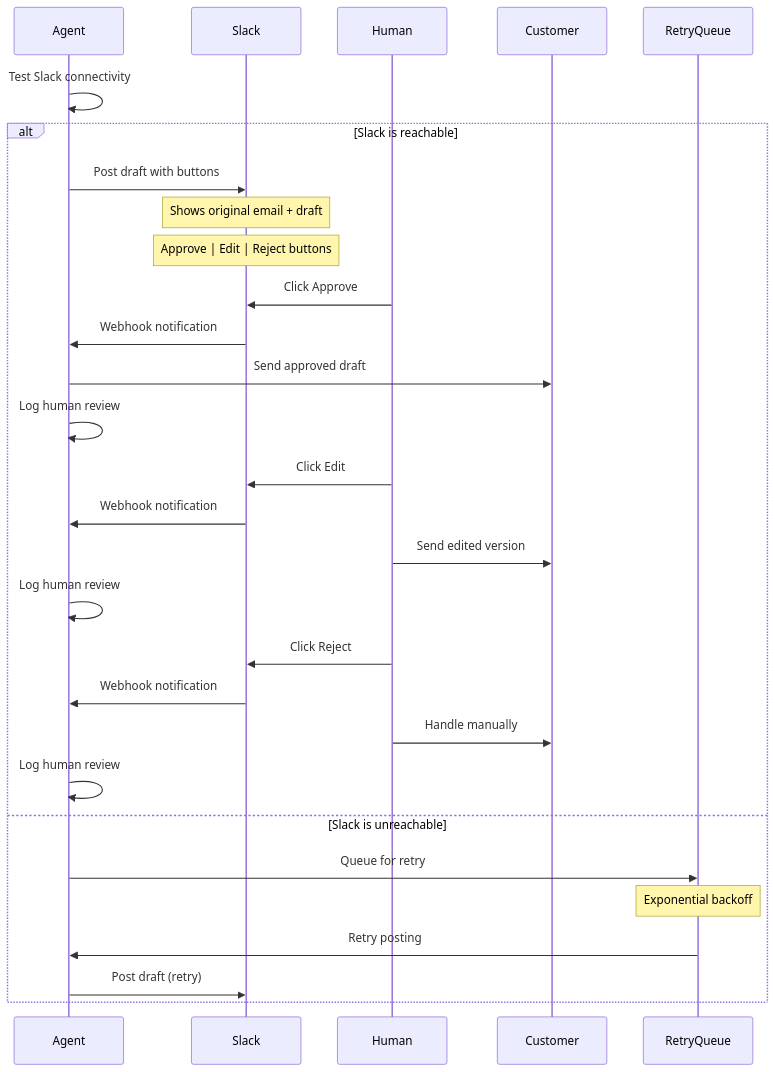
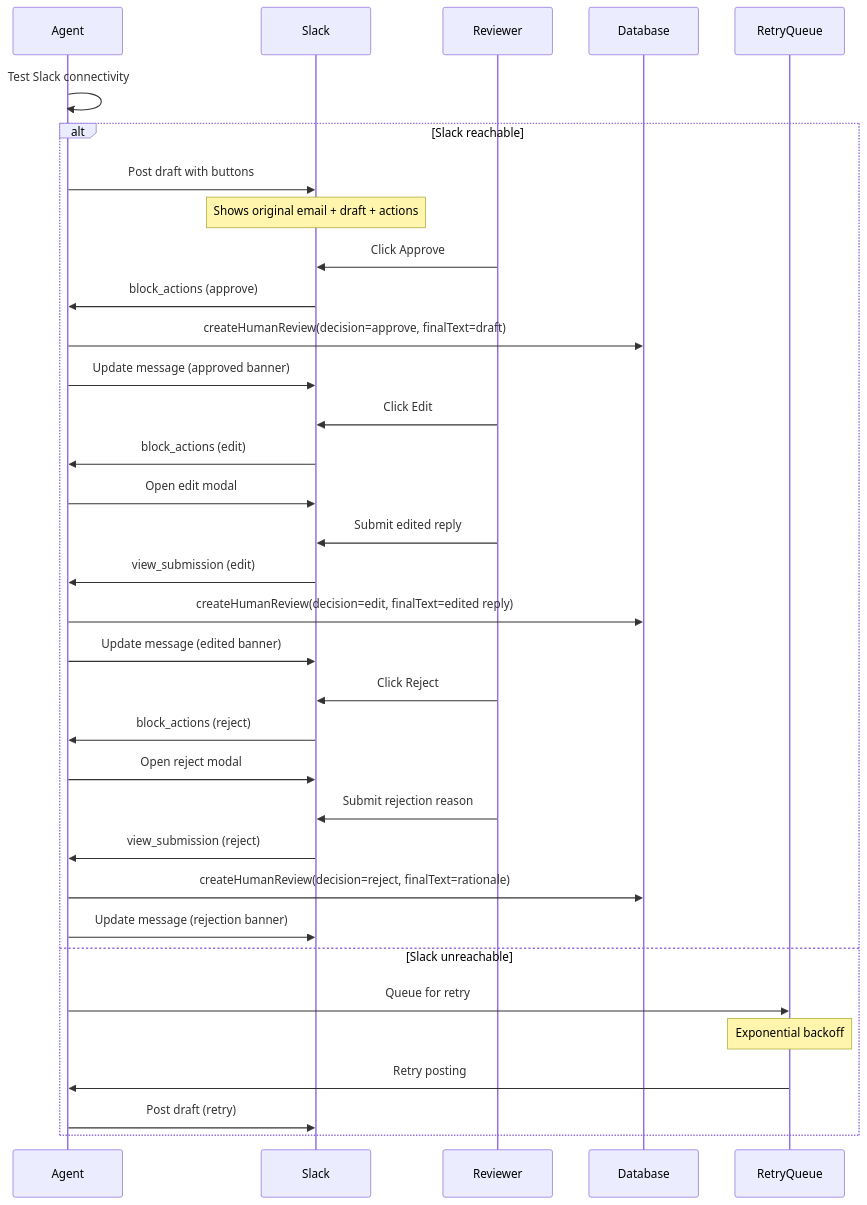
Before and after one commit to duhman/agents: the sixth of 7 diagrams in agent-process-flow.md, drawn with Mermaid. The commit also changed other lines of this file and 33 other files, not shown here.

Commit message:
refactor(slack): streamline human review process by implementing modals for edits and rejections, capturing final responses and rationale

````diff
--- a/agent-process-flow.md
+++ b/agent-process-flow.md
@@ -217,35 +217,40 @@
 ```mermaid
 sequenceDiagram
     participant Agent
     participant Slack
-    participant Human
-    participant Customer
+    participant Reviewer
+    participant Database
     participant RetryQueue
     
     Agent->>Agent: Test Slack connectivity
-    alt Slack is reachable
+    alt Slack reachable
         Agent->>Slack: Post draft with buttons
-        Note over Slack: Shows original email + draft
-        Note over Slack: Approve | Edit | Reject buttons
+        Note over Slack: Shows original email + draft + actions
         
-        Human->>Slack: Click Approve
-        Slack->>Agent: Webhook notification
-        Agent->>Customer: Send approved draft
-        Agent->>Agent: Log human review
+        Reviewer->>Slack: Click Approve
+        Slack->>Agent: block_actions (approve)
+        Agent->>Database: createHumanReview(decision=approve, finalText=draft)
+        Agent->>Slack: Update message (approved banner)
         
-        Human->>Slack: Click Edit
-        Slack->>Agent: Webhook notification
-        Human->>Customer: Send edited version
-        Agent->>Agent: Log human review
+        Reviewer->>Slack: Click Edit
+        Slack->>Agent: block_actions (edit)
+        Agent->>Slack: Open edit modal
+        Reviewer->>Slack: Submit edited reply
+        Slack->>Agent: view_submission (edit)
+        Agent->>Database: createHumanReview(decision=edit, finalText=edited reply)
+        Agent->>Slack: Update message (edited banner)
         
-        Human->>Slack: Click Reject
-        Slack->>Agent: Webhook notification
-        Human->>Customer: Handle manually
-        Agent->>Agent: Log human review
-    else Slack is unreachable
+        Reviewer->>Slack: Click Reject
+        Slack->>Agent: block_actions (reject)
+        Agent->>Slack: Open reject modal
+        Reviewer->>Slack: Submit rejection reason
+        Slack->>Agent: view_submission (reject)
+        Agent->>Database: createHumanReview(decision=reject, finalText=rationale)
+        Agent->>Slack: Update message (rejection banner)
+    else Slack unreachable
         Agent->>RetryQueue: Queue for retry
         Note over RetryQueue: Exponential backoff
         RetryQueue->>Agent: Retry posting
         Agent->>Slack: Post draft (retry)
     end
 ```
````
